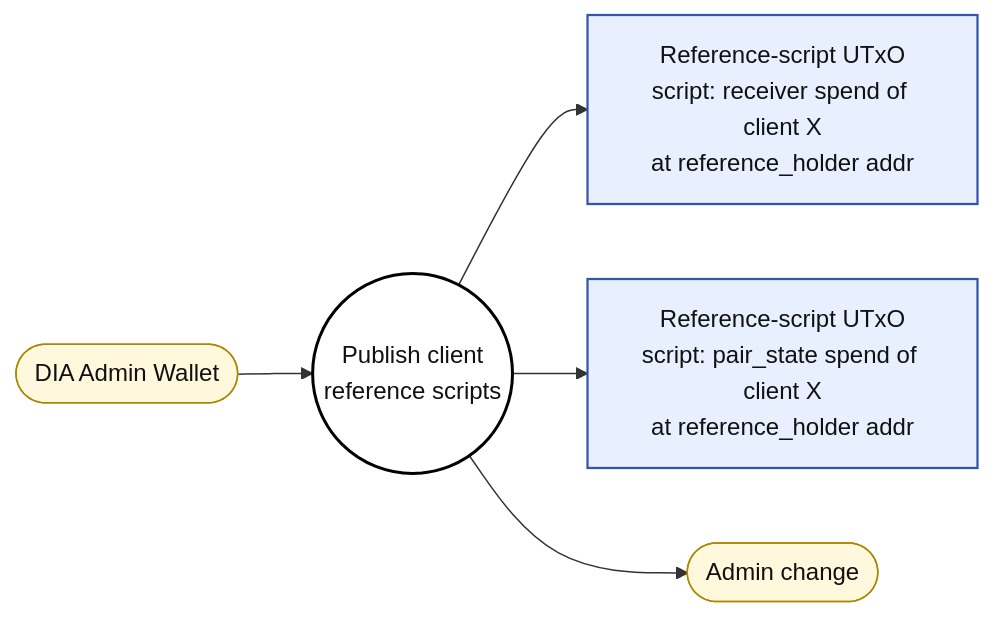
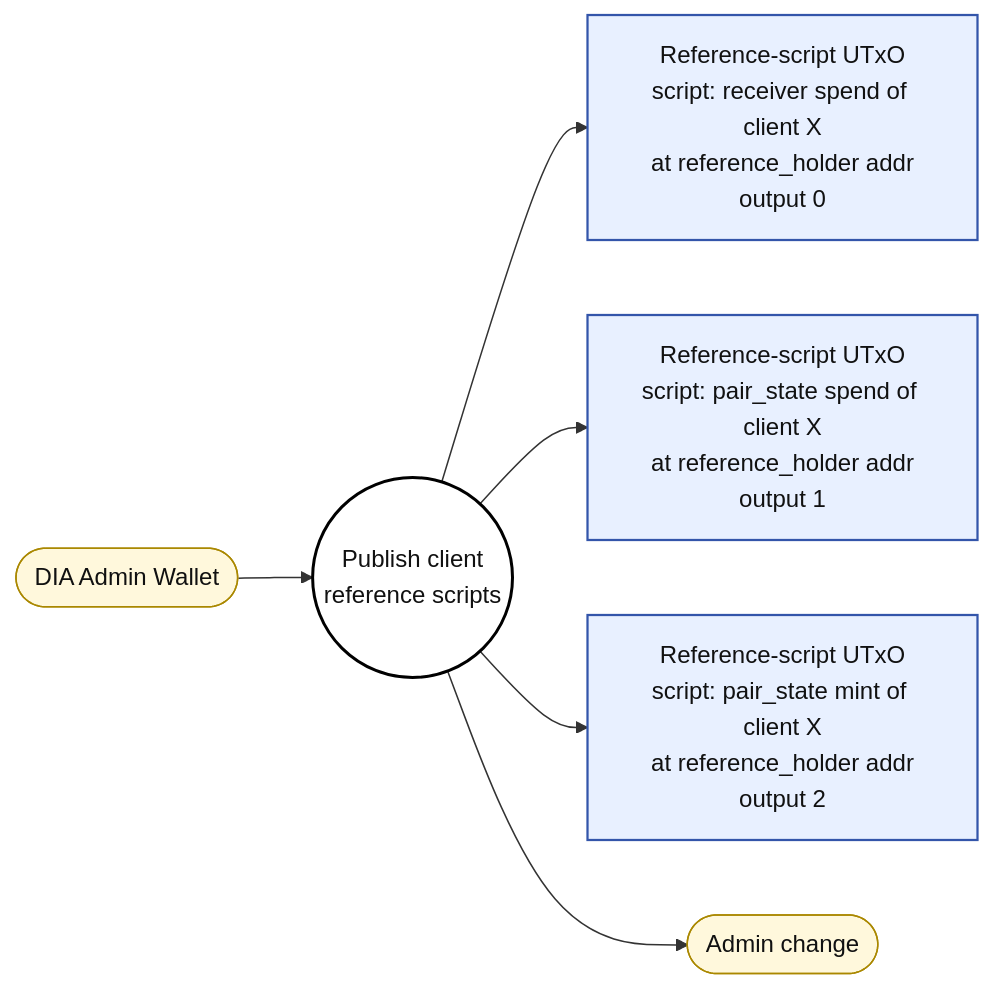
The third of 15 diagrams in docs/architecture/cardano-oracle-architecture.md (diadata-org/dia-cardano-oracle), drawn with Mermaid before and after one commit. The commit also changed other lines of this file and 3 other files, not shown here.

First line of the commit message:
feat: make reference_holder admin-gated for contract upgrade reclaim

````diff
--- a/docs/architecture/cardano-oracle-architecture.md
+++ b/docs/architecture/cardano-oracle-architecture.md
@@ -102,14 +102,15 @@
 ```mermaid
 flowchart LR
   Admin([DIA Admin Wallet]):::wallet
 
   Admin --> TX((Publish client<br/>reference scripts)):::tx
 
-  TX --> RSR[Reference-script UTxO<br/>script: receiver spend of client X<br/>at reference_holder addr]:::script
-  TX --> RSP[Reference-script UTxO<br/>script: pair_state spend of client X<br/>at reference_holder addr]:::script
+  TX --> RSR[Reference-script UTxO<br/>script: receiver spend of client X<br/>at reference_holder addr<br/>output 0]:::script
+  TX --> RSP[Reference-script UTxO<br/>script: pair_state spend of client X<br/>at reference_holder addr<br/>output 1]:::script
+  TX --> RSM[Reference-script UTxO<br/>script: pair_state mint of client X<br/>at reference_holder addr<br/>output 2]:::script
   TX --> Change([Admin change]):::wallet
 
   classDef wallet fill:#fff8dc,stroke:#aa8800,color:#111
   classDef script fill:#e8f0ff,stroke:#3355aa,stroke-width:1.5px,color:#111
   classDef tx fill:#ffffff,stroke:#000,stroke-width:2px,color:#111
 ```
````
